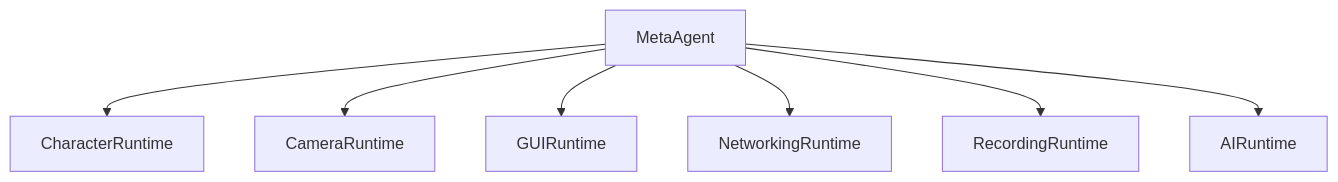
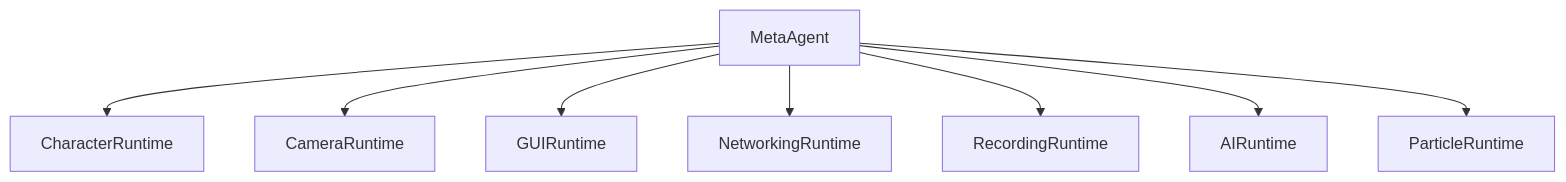
Before and after one commit to vecnode/metaagent-ue5-plugin: the first of 3 diagrams in README.md, drawn with Mermaid. The commit also changed other lines of this file, not shown here.

Commit message:
README graphs 2

````diff
--- a/README.md
+++ b/README.md
@@ -12,17 +12,19 @@
 ```mermaid
 flowchart TD
 	A[MetaAgent]
 	B[CharacterRuntime]
 	C[CameraRuntime]
 	D[GUIRuntime]
 	E[NetworkingRuntime]
 	F[RecordingRuntime]
 	G[AIRuntime]
+	H[ParticleRuntime]
 
 	A --> B
 	A --> C
 	A --> D
 	A --> E
 	A --> F
 	A --> G
+	A --> H
 ```
````
